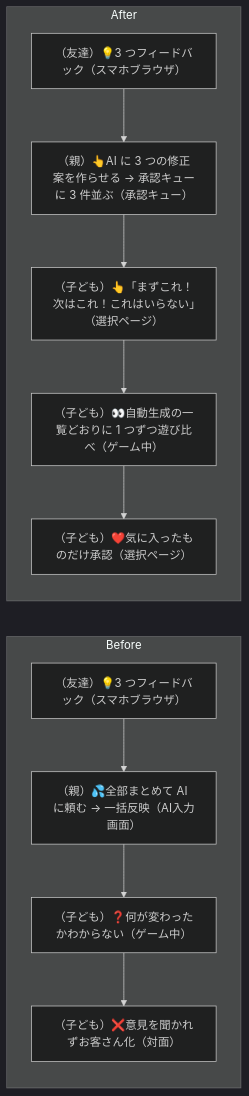
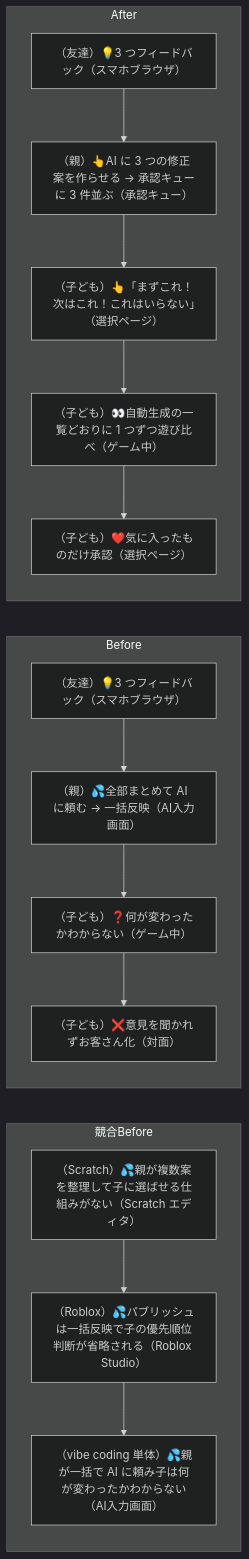
Diagram 32 of 42 in docs/customer-journeys.md (tatsuro-ueda/code-quest-pyxel), drawn with Mermaid (dark theme) before and after one commit. The commit also changed other lines of this file, not shown here.

````diff
--- a/docs/customer-journeys.md
+++ b/docs/customer-journeys.md
@@ -961,16 +975,21 @@
 ```mermaid
 flowchart LR
+    subgraph Competitor["競合Before"]
+        C1[（Scratch）💦親が複数案を整理して子に選ばせる仕組みがない（Scratch エディタ）]
+        C1 --> C2[（Roblox）💦パブリッシュは一括反映で子の優先順位判断が省略される（Roblox Studio）]
+        C2 --> C3[（vibe coding 単体）💦親が一括で AI に頼み子は何が変わったかわからない（AI入力画面）]
+    end
     subgraph Before["Before"]
         B1[（友達）💡3 つフィードバック（スマホブラウザ）]
         B1 --> B2[（親）💦全部まとめて AI に頼む → 一括反映（AI入力画面）]
         B2 --> B3[（子ども）❓何が変わったかわからない（ゲーム中）]
         B3 --> B4[（子ども）❌意見を聞かれずお客さん化（対面）]
     end
     subgraph After["After"]
         A1[（友達）💡3 つフィードバック（スマホブラウザ）]
         A1 --> A2[（親）👆AI に 3 つの修正案を作らせる → 承認キューに 3 件並ぶ（承認キュー）]
         A2 --> A3[（子ども）👆「まずこれ！次はこれ！これはいらない」（選択ページ）]
         A3 --> A4[（子ども）👀自動生成の一覧どおりに 1 つずつ遊び比べ（ゲーム中）]
         A4 --> A5[（子ども）❤️気に入ったものだけ承認（選択ページ）]
     end
 ```
````
